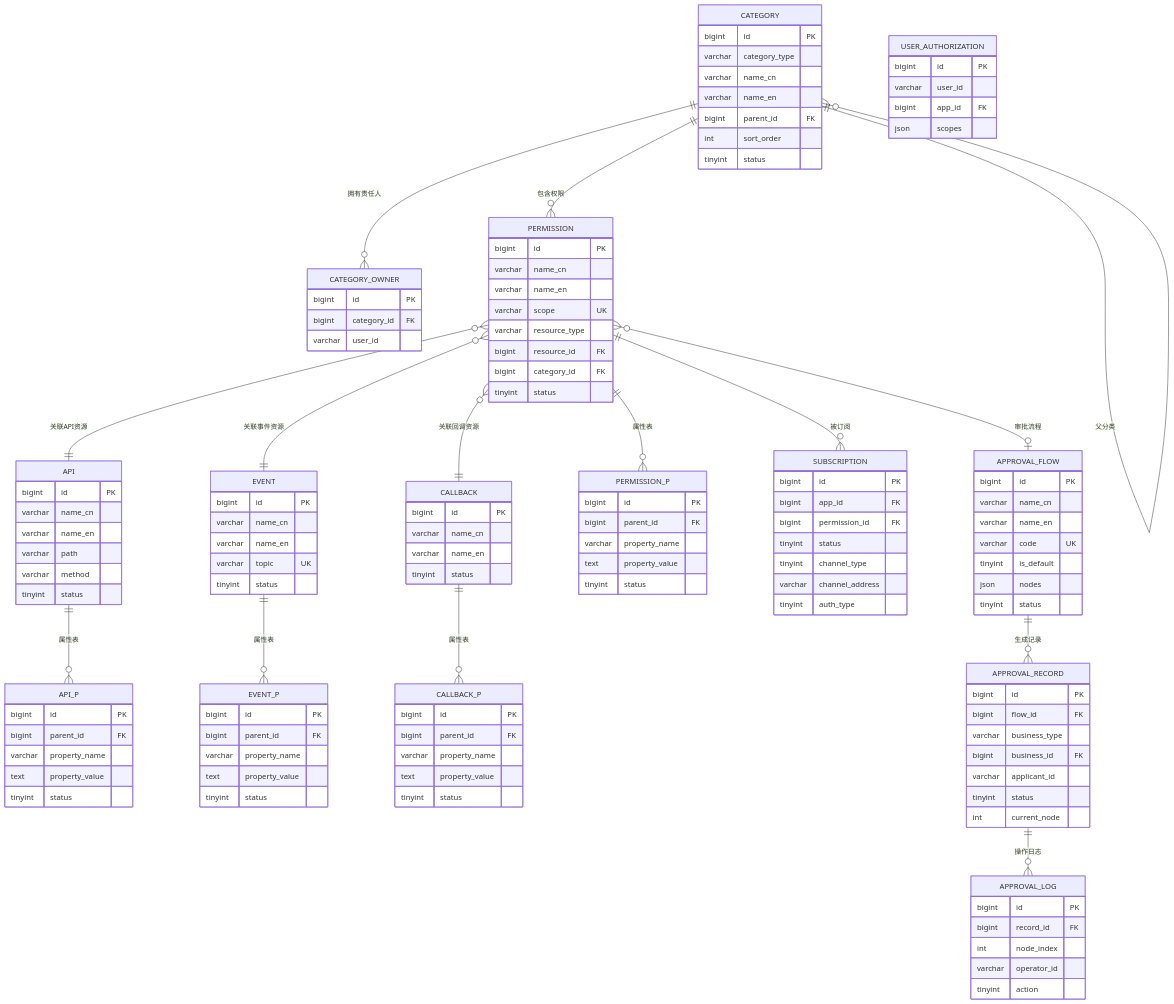
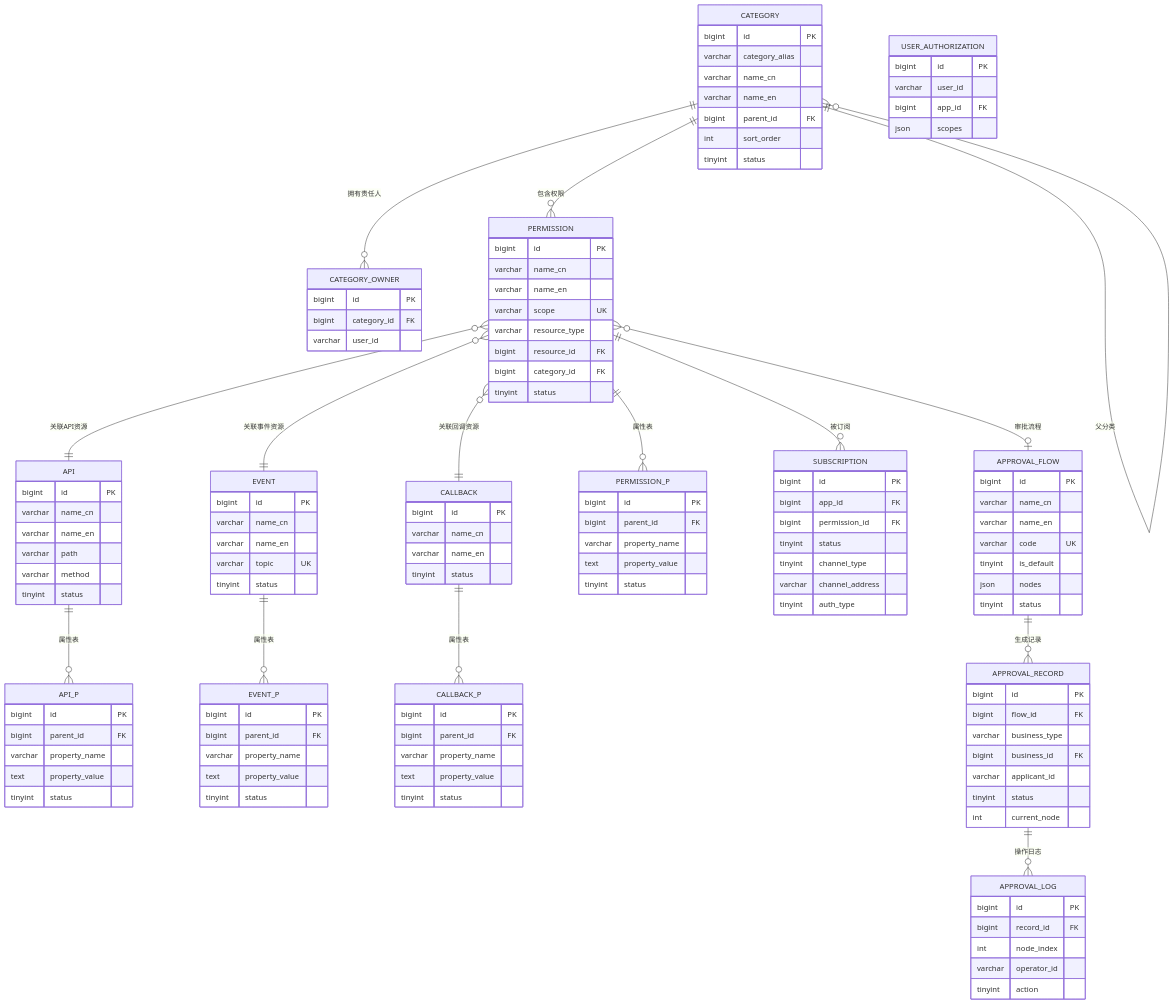
One commit to THZSummer/open-app changed the sixth of 6 diagrams in .sddu/specs-tree-root/specs-tree-capability-open-platform/plan.md. Above: the diagram before and after it, drawn with Mermaid. The commit also changed other lines of this file, not shown here.

First line of the commit message:
refactor(plan): category_type 改为 category_alias 分类别名

```diff
--- a/.sddu/specs-tree-root/specs-tree-capability-open-platform/plan.md
+++ b/.sddu/specs-tree-root/specs-tree-capability-open-platform/plan.md
@@ -601,7 +601,7 @@
 
     CATEGORY {
         bigint id PK
-        varchar category_type
+        varchar category_alias
         varchar name_cn
         varchar name_en
         bigint parent_id FK
```
